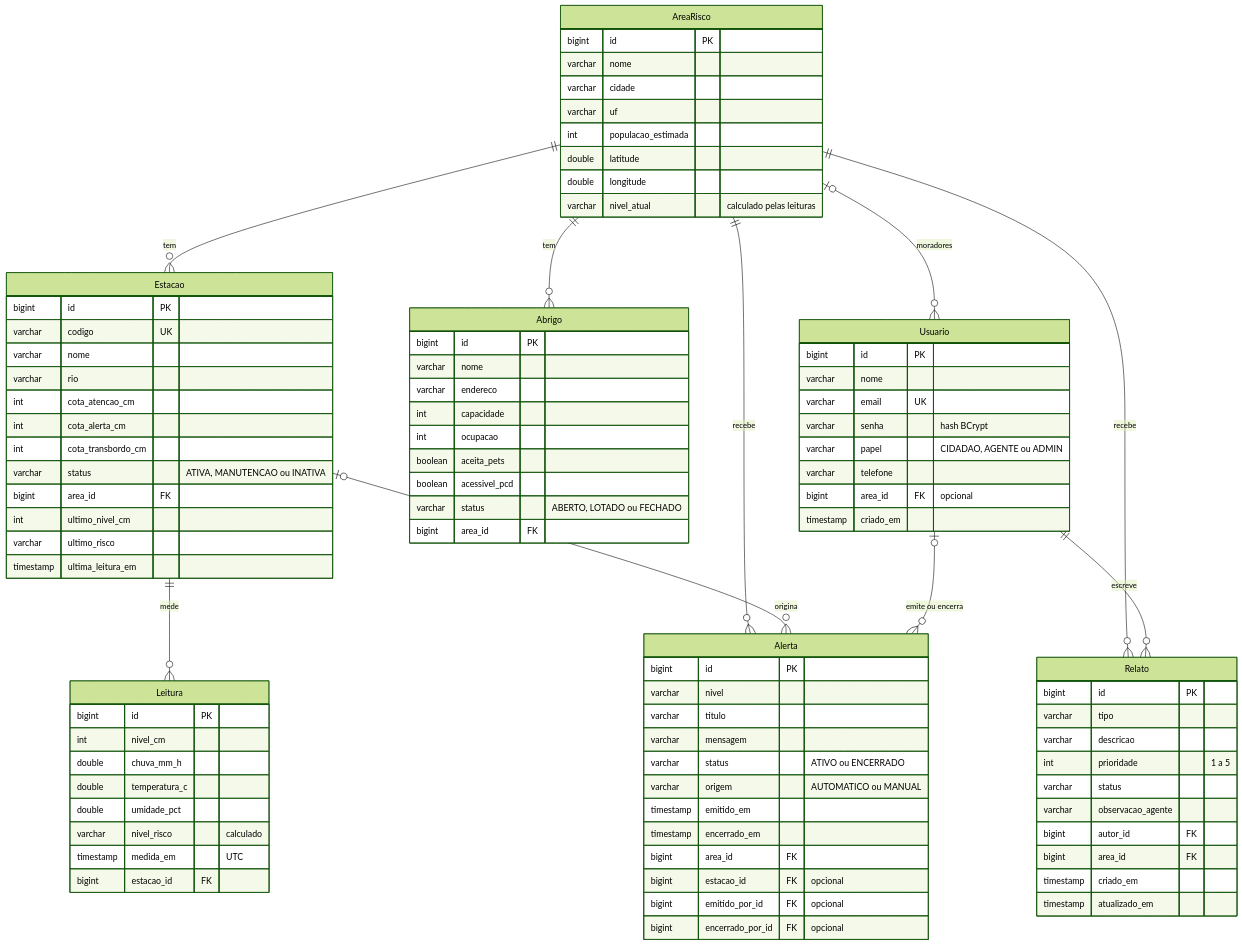
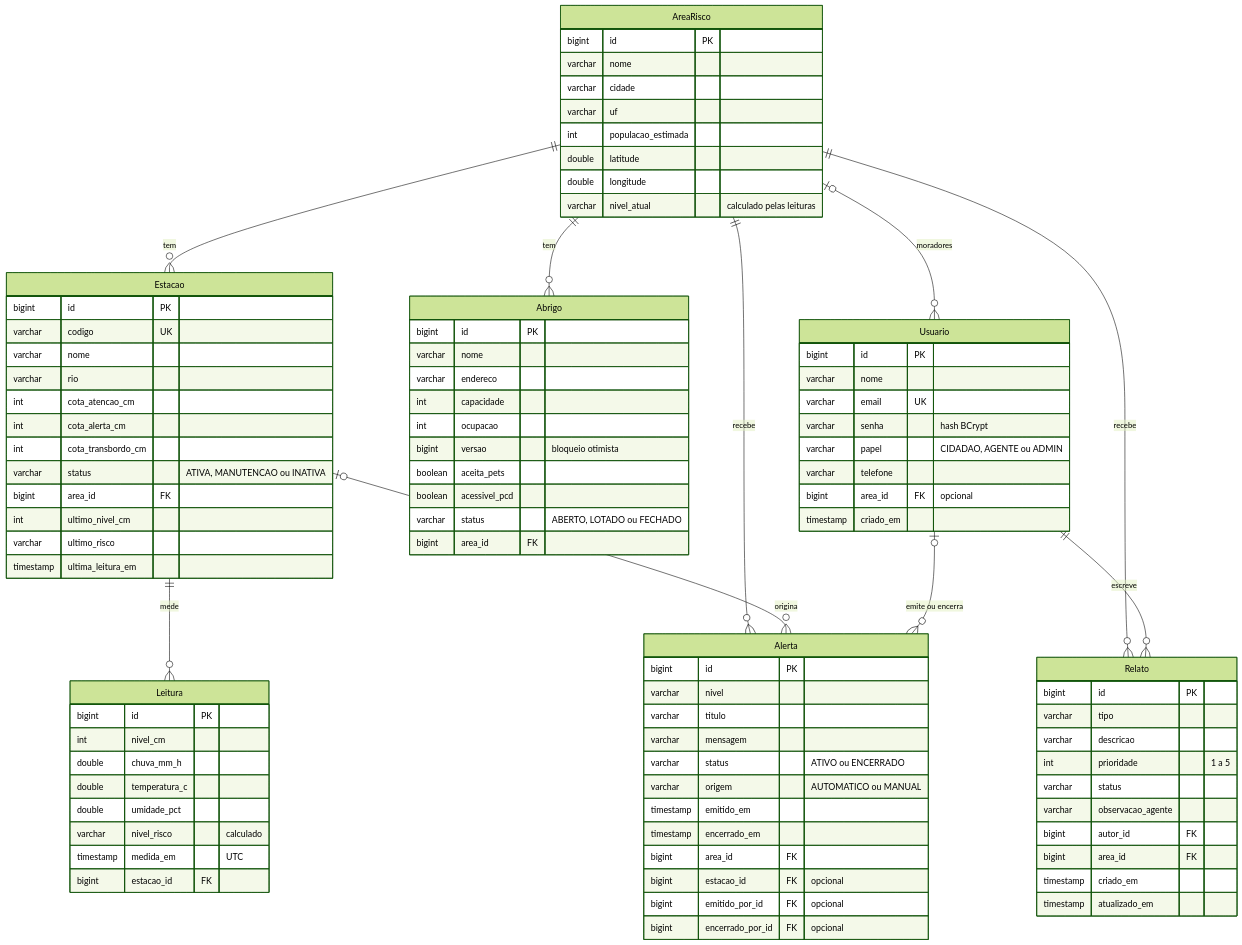
Before and after one commit to Raphael-Sinelli/guardario-api: the diagram in README.md, drawn with Mermaid (forest theme). The commit also changed other lines of this file and 3 other files, not shown here.

First line of the commit message:
fix: impede que entradas simultâneas no abrigo se percam com bloqueio otimista

```diff
--- a/README.md
+++ b/README.md
@@ -198,6 +198,7 @@
         varchar endereco
         int capacidade
         int ocupacao
+        bigint versao "bloqueio otimista"
         boolean aceita_pets
         boolean acessivel_pcd
         varchar status "ABERTO, LOTADO ou FECHADO"
```
